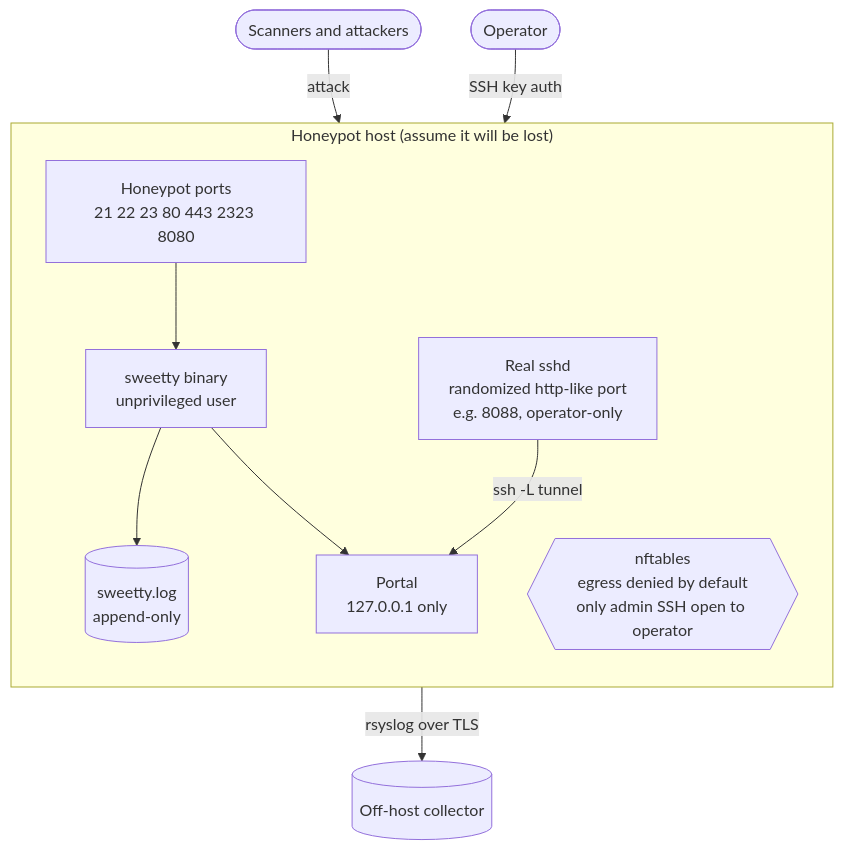
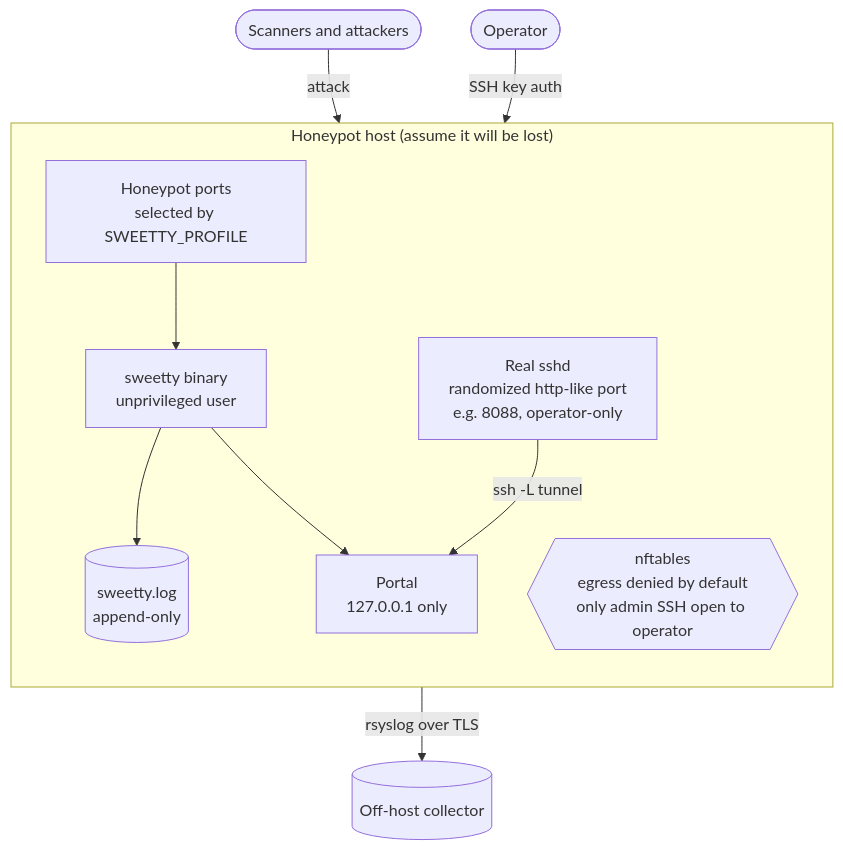
Before and after one commit to adrianmcphee/sweetty-instance-template: the first of 3 diagrams in ARCHITECTURE.md, drawn with Mermaid. The commit also changed other lines of this file and 16 other files, not shown here.

````diff
--- a/ARCHITECTURE.md
+++ b/ARCHITECTURE.md
@@ -9,22 +9,22 @@
 ```mermaid
 flowchart TB
     BOT([Scanners and attackers]) -->|attack| HP
     OP([Operator]) -->|"SSH key auth"| SSHD
 
     subgraph HOST["Honeypot host (assume it will be lost)"]
         direction TB
         FW{{"nftables<br/>egress denied by default<br/>only admin SSH open to operator"}}
-        HP["Honeypot ports<br/>21 22 23 80 443 2323 8080"]
+        HP["Honeypot ports<br/>selected by SWEETTY_PROFILE"]
         SSHD["Real sshd<br/>randomized http-like port<br/>e.g. 8088, operator-only"]
         SW["sweetty binary<br/>unprivileged user"]
         PORTAL["Portal<br/>127.0.0.1 only"]
         LOG[("sweetty.log<br/>append-only")]
 
         HP --> SW
         SW --> LOG
         SW --> PORTAL
         SSHD -->|"ssh -L tunnel"| PORTAL
     end
 
     LOG -->|"rsyslog over TLS"| COLL[("Off-host collector")]
 ```
````
